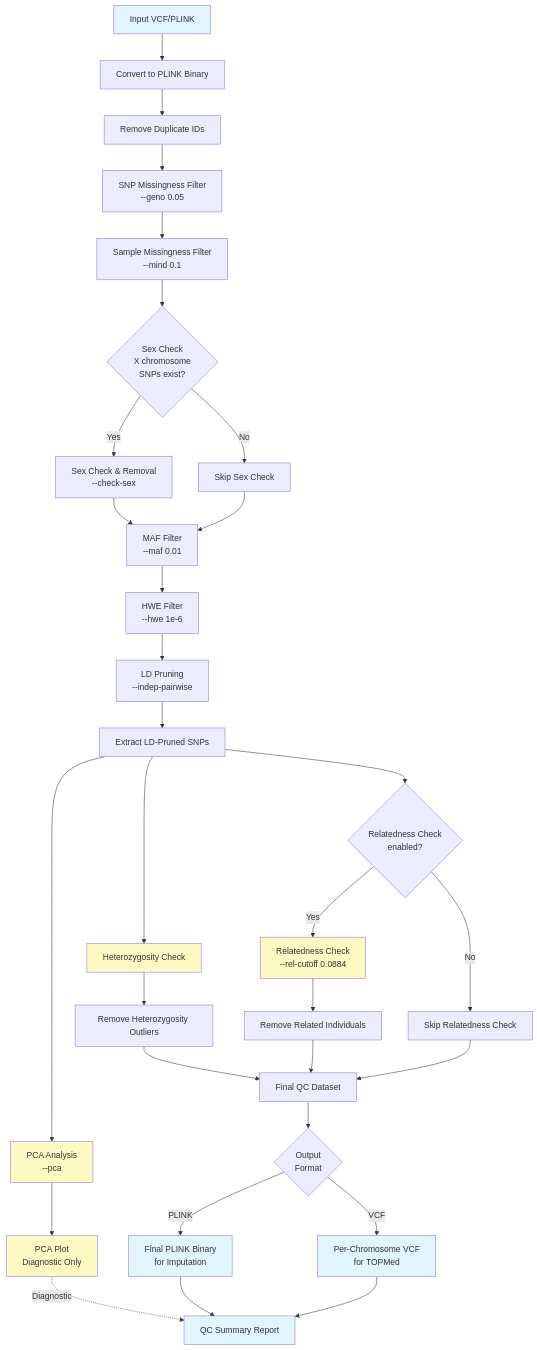
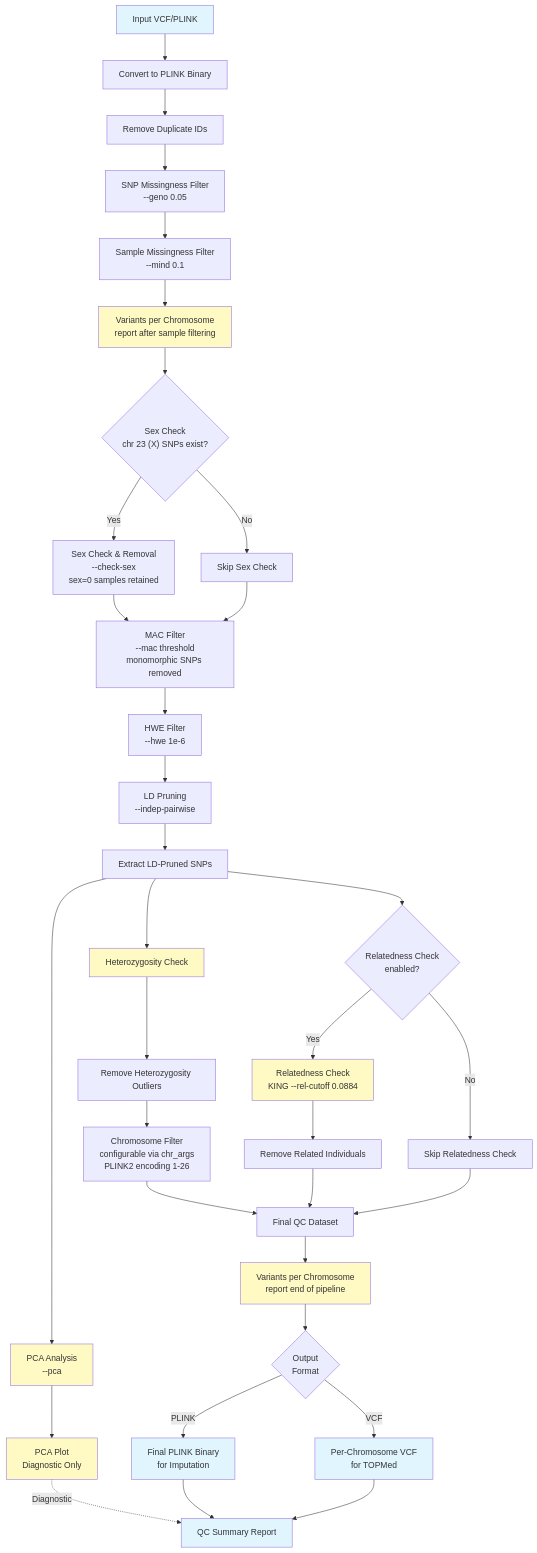
One commit to gwotto/genotype_qc_pipeline changed the diagram in src/genotype_qc_preimputation.mmd. Above: the diagram before and after it, drawn with Mermaid. The commit also changed other lines of this file and 8 other files, not shown here.

```diff
--- a/src/genotype_qc_preimputation.mmd
+++ b/src/genotype_qc_preimputation.mmd
@@ -1,39 +1,44 @@
 graph TD
     A["Input VCF/PLINK"] --> B["Convert to PLINK Binary"]
     B --> C["Remove Duplicate IDs"]
     C --> D["SNP Missingness Filter<br/>--geno 0.05"]
     D --> E["Sample Missingness Filter<br/>--mind 0.1"]
-    E --> F{"Sex Check<br/>X chromosome<br/>SNPs exist?"}
-    F -->|Yes| G["Sex Check & Removal<br/>--check-sex"]
+    E --> E2["Variants per Chromosome<br/>report after sample filtering"]
+    E2 --> F{"Sex Check<br/>chr 23 (X) SNPs exist?"}
+    F -->|Yes| G["Sex Check & Removal<br/>--check-sex<br/>sex=0 samples retained"]
     F -->|No| H["Skip Sex Check"]
-    G --> I["MAF Filter<br/>--maf 0.01"]
+    G --> I["MAC Filter<br/>--mac threshold<br/>monomorphic SNPs removed"]
     H --> I
     I --> J["HWE Filter<br/>--hwe 1e-6"]
     J --> K["LD Pruning<br/>--indep-pairwise"]
     K --> L["Extract LD-Pruned SNPs"]
     L --> M["Heterozygosity Check"]
     L --> N{"Relatedness Check<br/>enabled?"}
     L --> O["PCA Analysis<br/>--pca"]
     M --> P["Remove Heterozygosity Outliers"]
-    N -->|Yes| Q["Relatedness Check<br/>--rel-cutoff 0.0884"]
+    P --> CHR["Chromosome Filter<br/>configurable via chr_args<br/>PLINK2 encoding 1-26"]
+    N -->|Yes| Q["Relatedness Check<br/>KING --rel-cutoff 0.0884"]
     N -->|No| R["Skip Relatedness Check"]
     Q --> S["Remove Related Individuals"]
-    P --> T["Final QC Dataset"]
+    CHR --> T["Final QC Dataset"]
     S --> T
     R --> T
     O --> U["PCA Plot<br/>Diagnostic Only"]
-    T --> V{"Output<br/>Format"}
+    T --> T2["Variants per Chromosome<br/>report end of pipeline"]
+    T2 --> V{"Output<br/>Format"}
     V -->|PLINK| W["Final PLINK Binary<br/>for Imputation"]
     V -->|VCF| X["Per-Chromosome VCF<br/>for TOPMed"]
     U -.->|Diagnostic| Y["QC Summary Report"]
     W --> Y
     X --> Y
 
     style A fill:#e1f5ff
     style W fill:#e1f5ff
     style X fill:#e1f5ff
     style Y fill:#e1f5ff
     style U fill:#fff9c4
     style O fill:#fff9c4
     style M fill:#fff9c4
     style Q fill:#fff9c4
+    style E2 fill:#fff9c4
+    style T2 fill:#fff9c4
```
